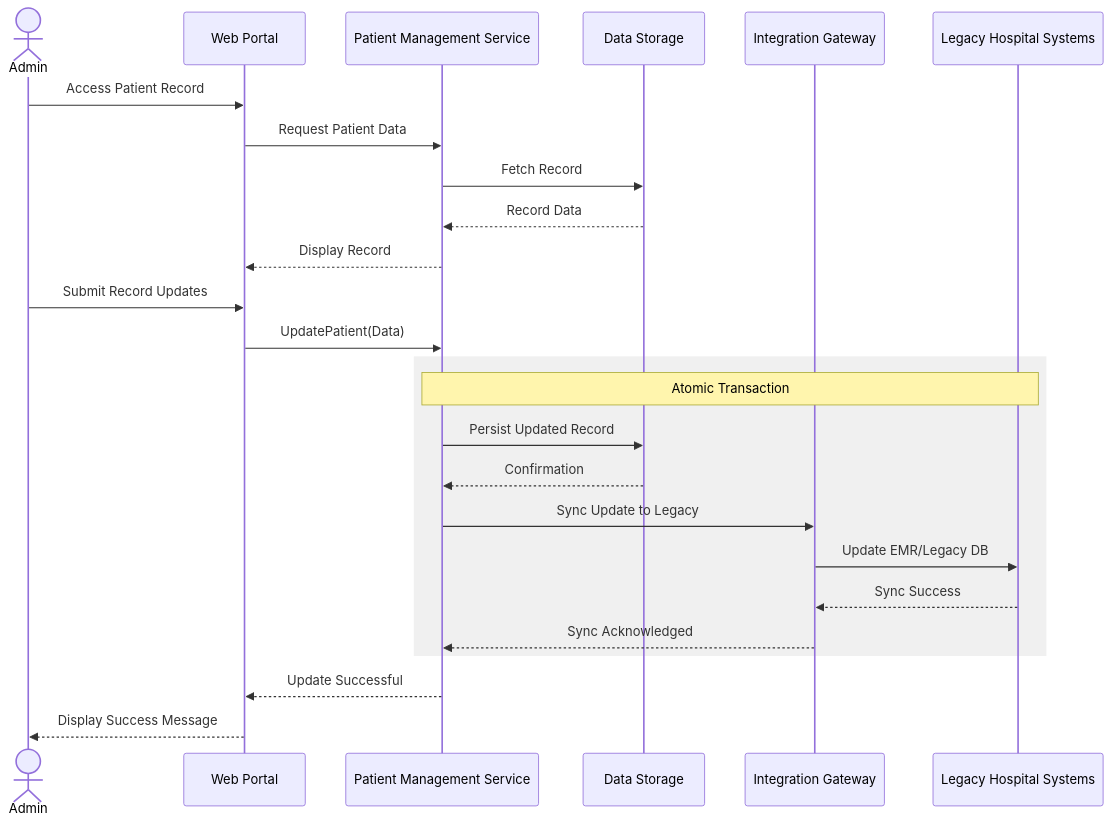
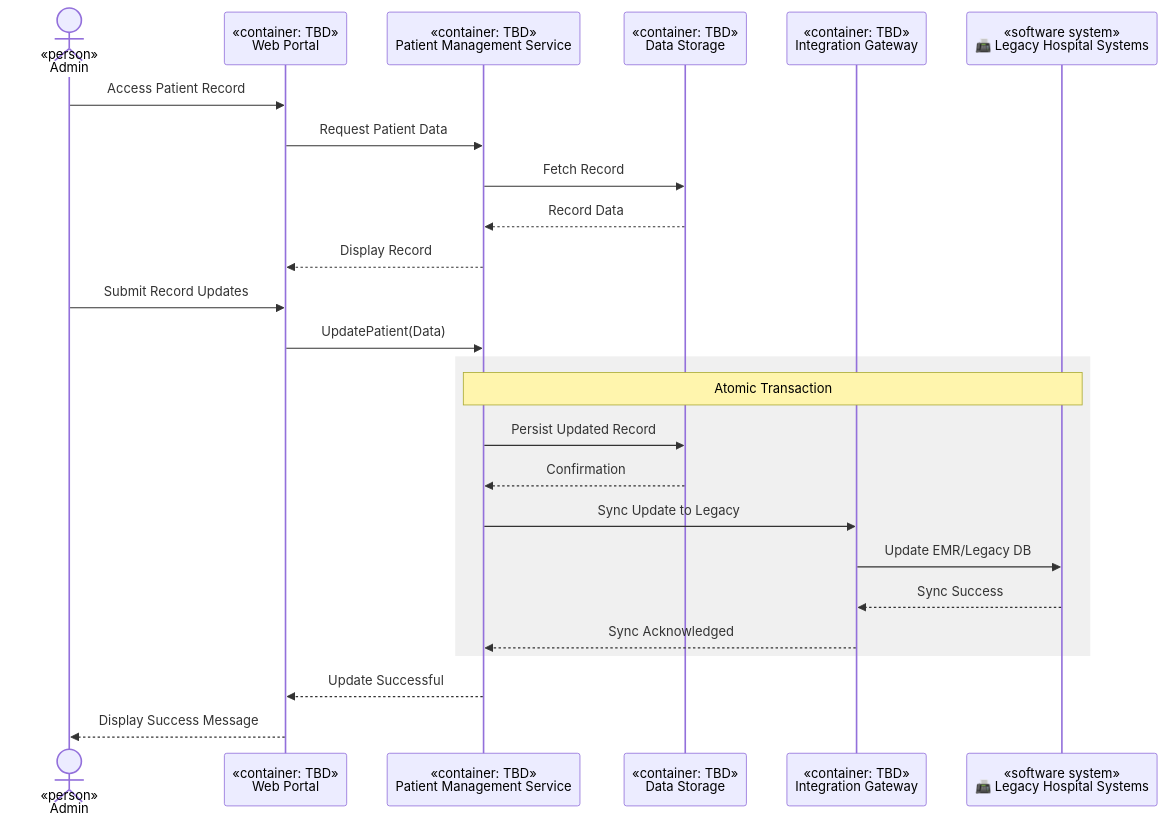
The seventh of 8 diagrams in docs/ard-v2.1.md (iugori/pulse-patrol), drawn with Mermaid before and after one commit. The commit also changed other lines of this file, not shown here.

````diff
--- a/docs/ard-v2.1.md
+++ b/docs/ard-v2.1.md
@@ -413,29 +414,29 @@
 ```mermaid
 sequenceDiagram
-    actor Admin as Admin
-    participant Portal as Web Portal
-    participant PMS as Patient Management Service
-    participant Storage as Data Storage
-    participant Gateway as Integration Gateway
-    participant Legacy as Legacy Hospital Systems
+    actor Admin as «person»<br/>Admin<br/>
+    participant Portal as «container: TBD»<br/>Web Portal
+    participant PMS as «container: TBD»<br/>Patient Management Service
+    participant Storage as «container: TBD»<br/>Data Storage
+    participant Gateway as «container: TBD»<br/>Integration Gateway
+    participant Legacy as «software system»<br/>📠 Legacy Hospital Systems
     Admin ->> Portal: Access Patient Record
     Portal ->> PMS: Request Patient Data
     PMS ->> Storage: Fetch Record
     Storage -->> PMS: Record Data
     PMS -->> Portal: Display Record
     Admin ->> Portal: Submit Record Updates
     Portal ->> PMS: UpdatePatient(Data)
 
     rect rgb(240, 240, 240)
         Note over PMS, Legacy: Atomic Transaction
         PMS ->> Storage: Persist Updated Record
         Storage -->> PMS: Confirmation
         PMS ->> Gateway: Sync Update to Legacy
         Gateway ->> Legacy: Update EMR/Legacy DB
         Legacy -->> Gateway: Sync Success
         Gateway -->> PMS: Sync Acknowledged
     end
 
     PMS -->> Portal: Update Successful
     Portal -->> Admin: Display Success Message
 ```
````
